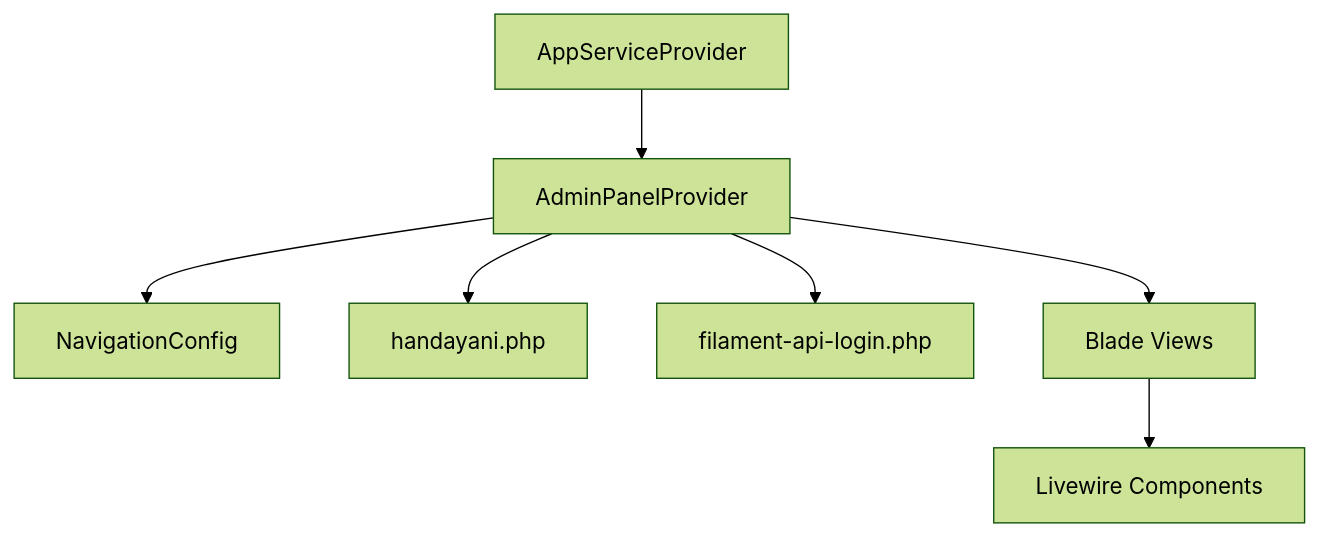
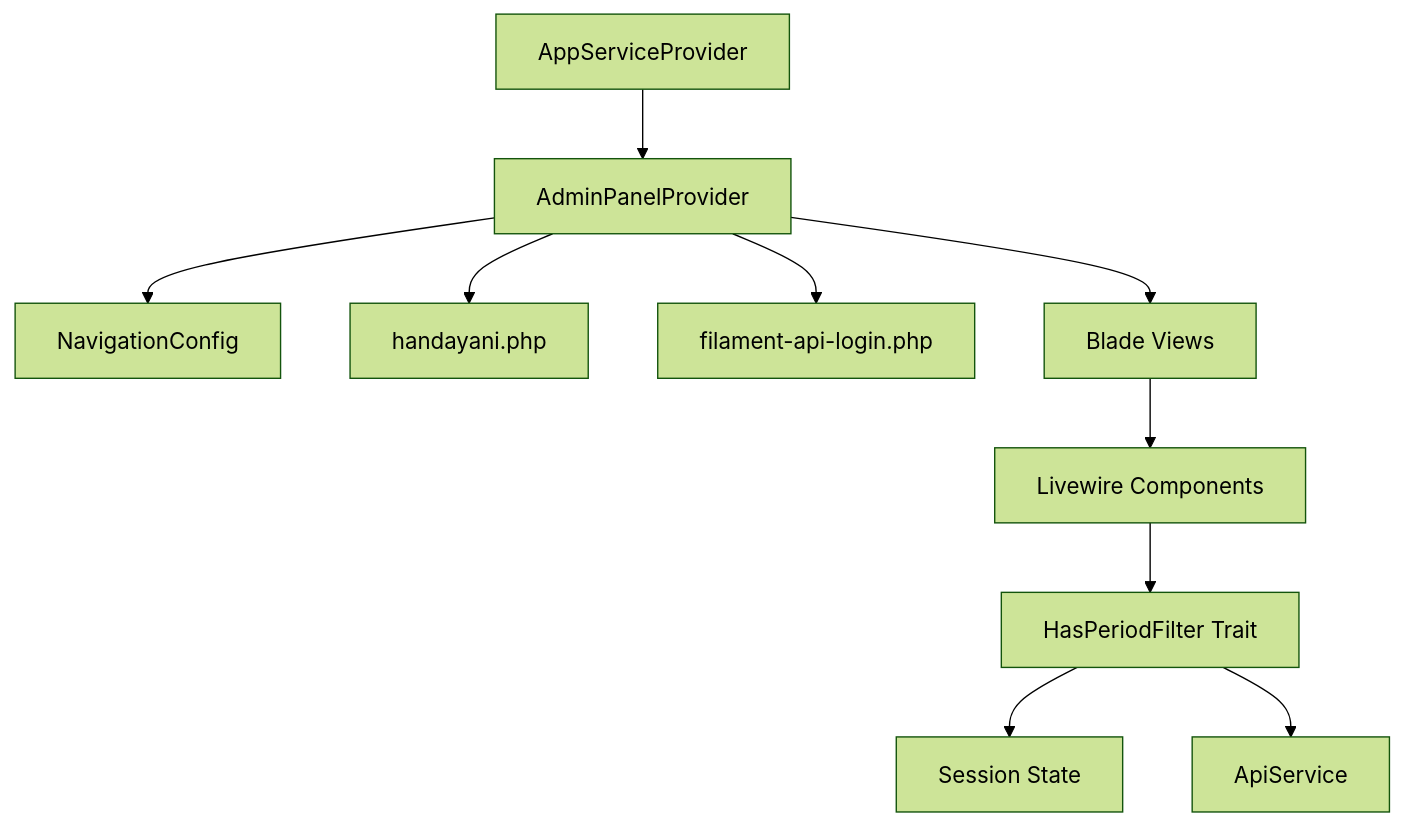
One commit to Fathurrahman-R/Manajemen-Keuangan-dan-SPP-Handayani changed diagram 14 of 14 in .qoder/repowiki/en/content/Project Overview/System Architecture/Application Components/Admin Panel Components/Filament Pages.md. Above: the diagram before and after it, drawn with Mermaid (forest theme). The commit also changed other lines of this file and 77 other files, not shown here.

````diff
--- a/.qoder/repowiki/en/content/Project Overview/System Architecture/Application Components/Admin Panel Components/Filament Pages.md
+++ b/.qoder/repowiki/en/content/Project Overview/System Architecture/Application Components/Admin Panel Components/Filament Pages.md
@@ -351,9 +379,12 @@
 ```mermaid
 graph TB
 APP["AppServiceProvider"] --> PANEL["AdminPanelProvider"]
 PANEL --> NAVCFG["NavigationConfig"]
 PANEL --> CFG["handayani.php"]
 PANEL --> LOGINCFG["filament-api-login.php"]
 PANEL --> VIEWS["Blade Views"]
 VIEWS --> LW["Livewire Components"]
+LW --> PERIOD["HasPeriodFilter Trait"]
+PERIOD --> SESSION["Session State"]
+PERIOD --> API["ApiService"]
 ```
````
